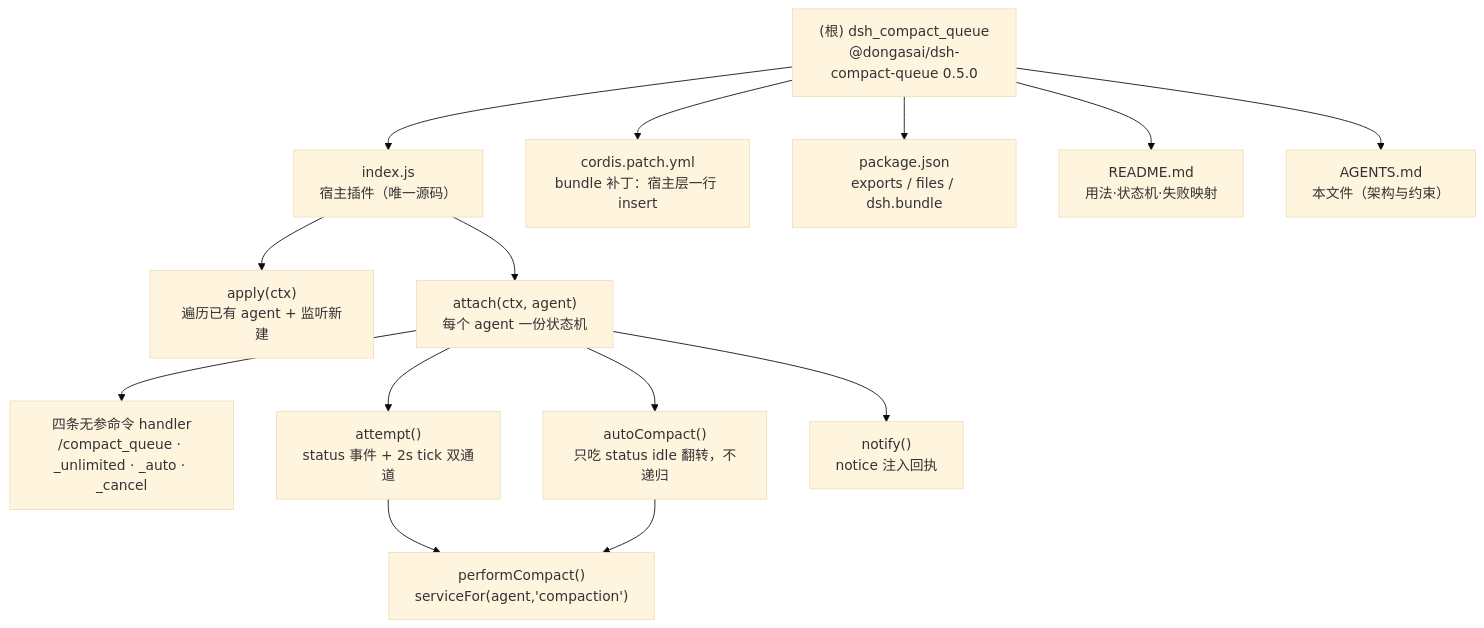
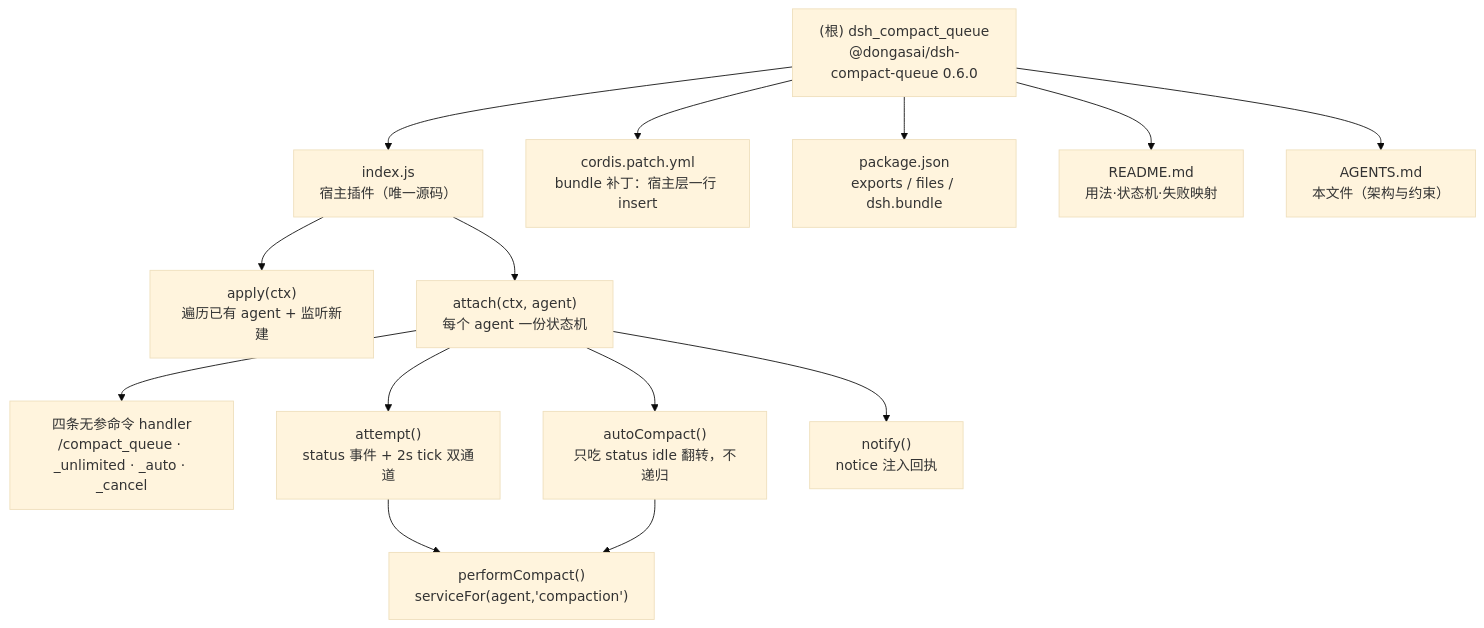
One commit to dongasai/dsh_compact_queue changed the diagram in AGENTS.md. Above: the diagram before and after it, drawn with Mermaid (base theme). The commit also changed other lines of this file and 4 other files, not shown here.

````diff
--- a/AGENTS.md
+++ b/AGENTS.md
@@ -73,22 +76,22 @@
 ```mermaid
 graph TD
-    A["(根) dsh_compact_queue<br/>@dongasai/dsh-compact-queue 0.5.0"] --> B["index.js<br/>宿主插件（唯一源码）"]
+    A["(根) dsh_compact_queue<br/>@dongasai/dsh-compact-queue 0.6.0"] --> B["index.js<br/>宿主插件（唯一源码）"]
     A --> C["cordis.patch.yml<br/>bundle 补丁：宿主层一行 insert"]
     A --> D["package.json<br/>exports / files / dsh.bundle"]
     A --> E["README.md<br/>用法·状态机·失败映射"]
     A --> F["AGENTS.md<br/>本文件（架构与约束）"]
     B --> B1["apply(ctx)<br/>遍历已有 agent + 监听新建"]
     B --> B2["attach(ctx, agent)<br/>每个 agent 一份状态机"]
     B2 --> B3["四条无参命令 handler<br/>/compact_queue · _unlimited · _auto · _cancel"]
     B2 --> B4["attempt()<br/>status 事件 + 2s tick 双通道"]
     B2 --> B7["autoCompact()<br/>只吃 status idle 翻转，不递归"]
     B2 --> B5["notify()<br/>notice 注入回执"]
     B4 --> B6["performCompact()<br/>serviceFor(agent,'compaction')"]
     B7 --> B6
 
     click A "./AGENTS.md" "架构与约束"
     click B "./index.js" "唯一源码"
     click C "./cordis.patch.yml" "bundle 补丁"
     click D "./package.json" "包元数据"
     click E "./README.md" "用户文档"
 ```
````
